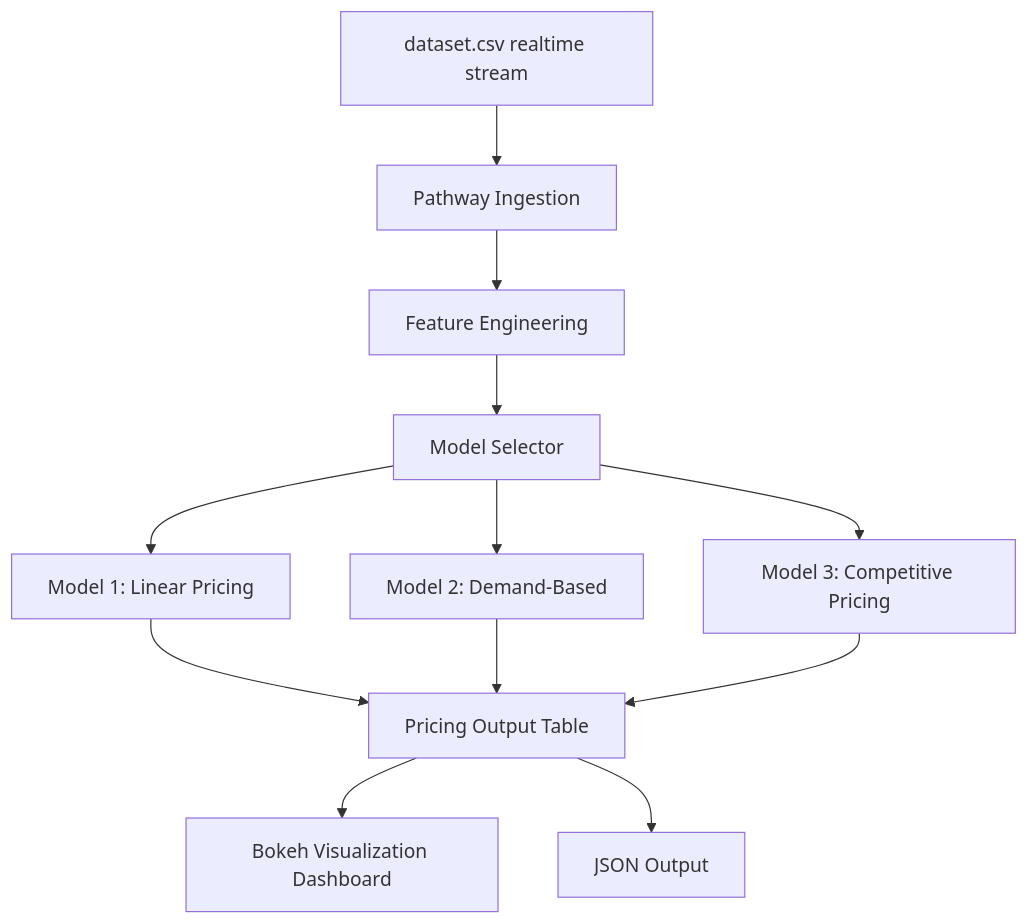
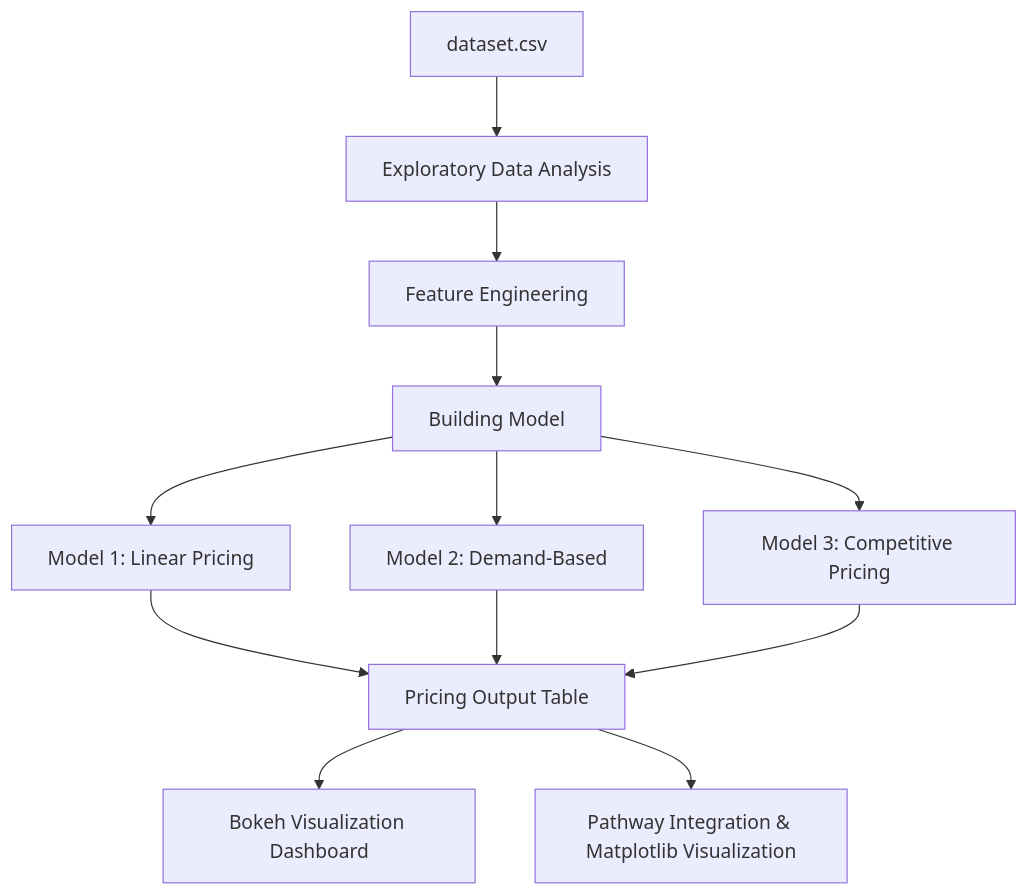
Before and after one commit to kumar-aryan-17/Capstone-Project-2025: the diagram in README.md, drawn with Mermaid.

````diff
--- a/README.md
+++ b/README.md
@@ -24,12 +24,12 @@
 ```mermaid
 graph TD;
-    A[dataset.csv realtime stream] --> B[Pathway Ingestion];
+    A[dataset.csv] --> B[Exploratory Data Analysis];
     B --> C[Feature Engineering];
-    C --> D[Model Selector];
+    C --> D[Building Model];
     D --> E[Model 1: Linear Pricing];
     D --> F[Model 2: Demand-Based];
     D --> G[Model 3: Competitive Pricing];
     E & F & G --> H[Pricing Output Table];
     H --> I[Bokeh Visualization Dashboard];
-    H --> J[JSON Output];
+    H --> J[Pathway Integration & Matplotlib Visualization];
 ```
````
